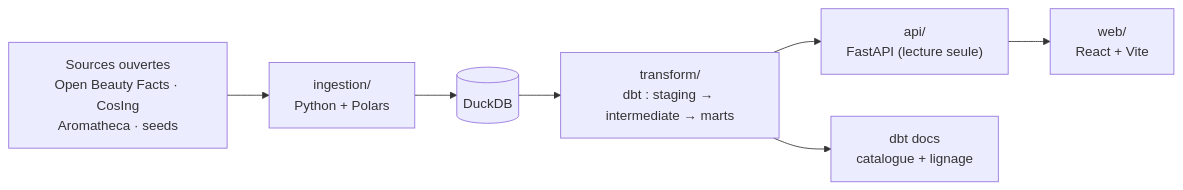
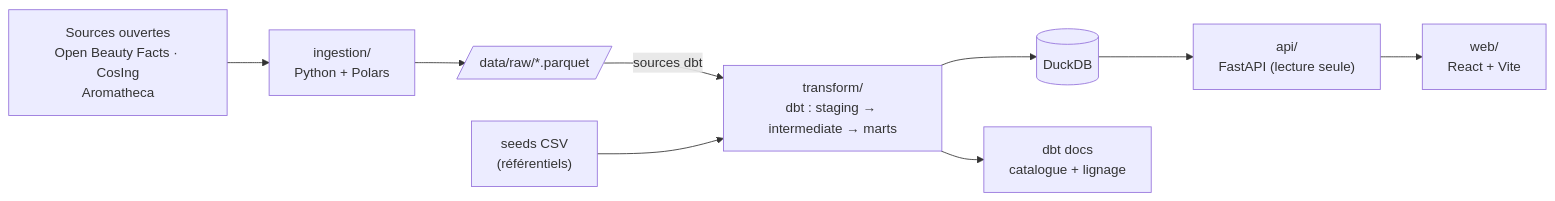
One commit to alexia-ig/dupe-finder changed the diagram in README.md. Above: the diagram before and after it, drawn with Mermaid. The commit also changed 1 other file, not shown here.

Commit message:
docs: show Parquet in data/raw/ as the Python/dbt boundary in diagrams
Ingestion writes Parquet to data/raw/, read as external dbt sources;
CI uses a frozen fixture through the same path.

````diff
--- a/README.md
+++ b/README.md
@@ -15,9 +15,11 @@
 ```mermaid
 flowchart LR
-    src["Sources ouvertes<br/>Open Beauty Facts · CosIng<br/>Aromatheca · seeds"] --> ing["ingestion/<br/>Python + Polars"]
-    ing --> db[("DuckDB")]
-    db --> dbt["transform/<br/>dbt : staging → intermediate → marts"]
-    dbt --> api["api/<br/>FastAPI (lecture seule)"]
+    src["Sources ouvertes<br/>Open Beauty Facts · CosIng<br/>Aromatheca"] --> ing["ingestion/<br/>Python + Polars"]
+    ing --> raw[/"data/raw/*.parquet"/]
+    raw -- "sources dbt" --> dbt["transform/<br/>dbt : staging → intermediate → marts"]
+    seeds["seeds CSV<br/>(référentiels)"] --> dbt
+    dbt --> db[("DuckDB")]
+    db --> api["api/<br/>FastAPI (lecture seule)"]
     api --> web["web/<br/>React + Vite"]
     dbt --> docs["dbt docs<br/>catalogue + lignage"]
 ```
````
